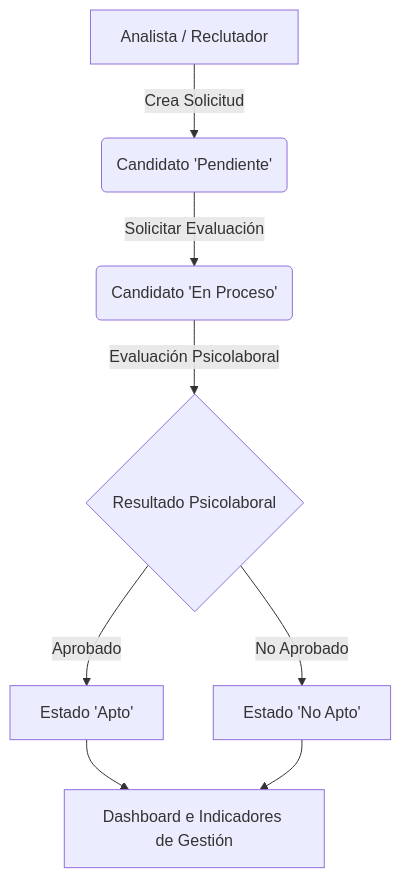
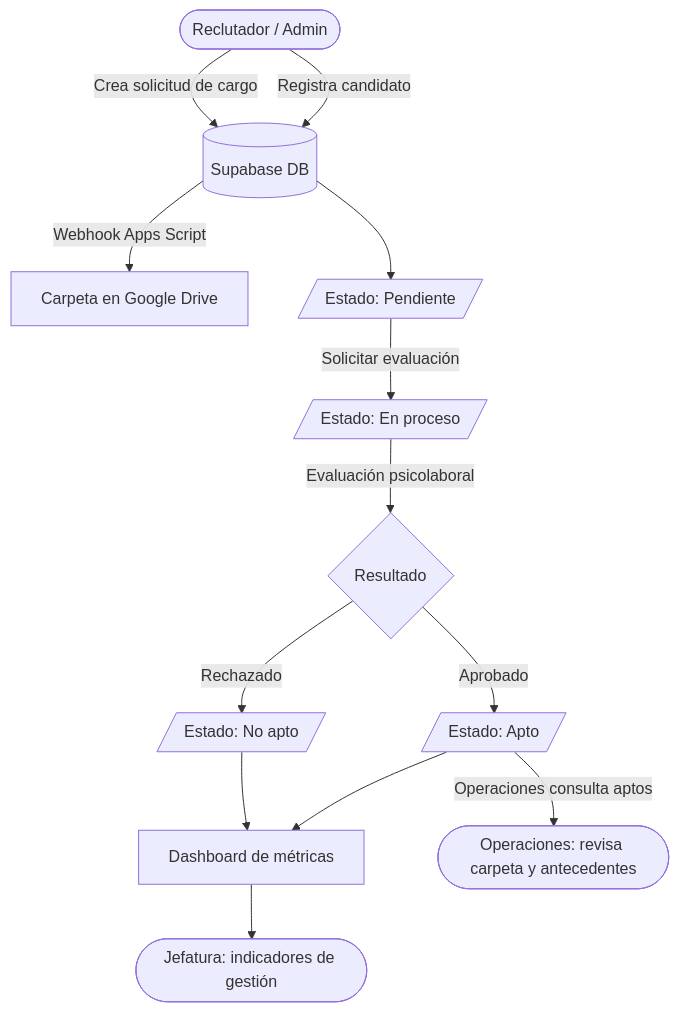
The diagram in frontend/README.md (donMixho/AquaChile), drawn with Mermaid before and after one commit. The commit also changed other lines of this file and 32 other files, not shown here.

Commit message:
feat: integracion de webhook drive, migracion supabase y documentacion readme

````diff
--- a/frontend/README.md
+++ b/frontend/README.md
@@ -120,10 +218,15 @@
 ```mermaid
-graph TD
-    A[Analista / Reclutador] -->|Crea Solicitud| B(Candidato 'Pendiente')
-    B -->|Solicitar Evaluación| C(Candidato 'En Proceso')
-    C -->|Evaluación Psicolaboral| D{Resultado Psicolaboral}
-    D -->|Aprobado| E[Estado 'Apto']
-    D -->|No Aprobado| F[Estado 'No Apto']
-    E --> G[Dashboard e Indicadores de Gestión]
-    F --> G
+flowchart TD
+    A([Reclutador / Admin]) -->|Registra candidato| B[(Supabase DB)]
+    A -->|Crea solicitud de cargo| B
+    B -->|Webhook Apps Script| C[Carpeta en Google Drive]
+    B --> D[/Estado: Pendiente/]
+    D -->|Solicitar evaluación| E[/Estado: En proceso/]
+    E -->|Evaluación psicolaboral| F{Resultado}
+    F -->|Aprobado| G[/Estado: Apto/]
+    F -->|Rechazado| H[/Estado: No apto/]
+    G --> I[Dashboard de métricas]
+    H --> I
+    G -->|Operaciones consulta aptos| J([Operaciones: revisa carpeta y antecedentes])
+    I --> K([Jefatura: indicadores de gestión])
 ```
````
